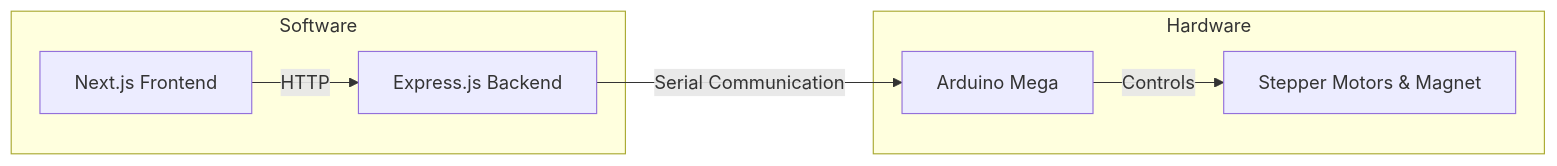
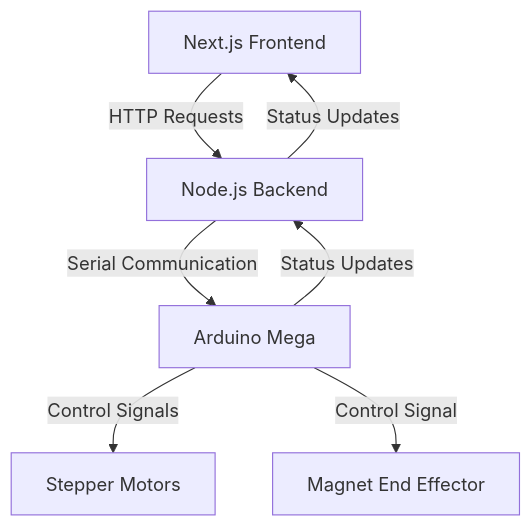
The diagram in README.md (ayuugoyal/scara), drawn with Mermaid before and after one commit.

````diff
--- a/README.md
+++ b/README.md
@@ -22,16 +22,9 @@
 ```mermaid
-graph LR
-  A[Next.js Frontend] -- HTTP --> B[Express.js Backend]
-  B -- Serial Communication --> C[Arduino Mega]
-  C -- Controls --> D[Stepper Motors & Magnet]
-
-  subgraph Hardware
-    C
-    D
-  end
-
-  subgraph Software
-    A
-    B
-  end
+graph TD;
+    A["Next.js Frontend"]-->|HTTP Requests|B["Node.js Backend"];
+    B-->|Serial Communication|C["Arduino Mega"];
+    C-->|Control Signals|D["Stepper Motors"];
+    C-->|Control Signal|E["Magnet End Effector"];
+    B-->|Status Updates|A;
+    C-->|Status Updates|B;
 ```
````
